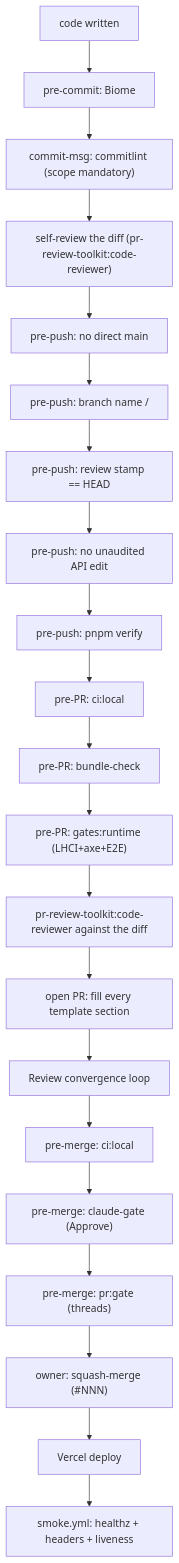
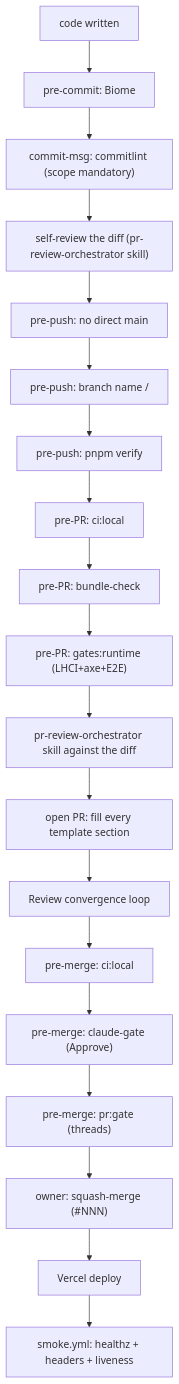
Before and after one commit to erikunha/portfolio: the first of 2 diagrams in docs/handbook/review-merge-release.md, drawn with Mermaid. The commit also changed other lines of this file and 32 other files, not shown here.

First line of the commit message:
feat(claude): evidence-first PR review orchestrator, locally and in claude-review (#261)

````diff
--- a/docs/handbook/review-merge-release.md
+++ b/docs/handbook/review-merge-release.md
@@ -7,23 +7,21 @@
 ```mermaid
 flowchart TD
     write["code written"] --> c1["pre-commit: Biome"]
     c1 --> c2["commit-msg: commitlint (scope mandatory)"]
-    c2 --> battery["self-review the diff (pr-review-toolkit:code-reviewer)"]
-    battery --> p1["pre-push: no direct main"]
+    c2 --> selfreview["self-review the diff (pr-review-orchestrator skill)"]
+    selfreview --> p1["pre-push: no direct main"]
     p1 --> p2["pre-push: branch name <type>/<desc>"]
-    p2 --> p3["pre-push: review stamp == HEAD"]
-    p3 --> p4["pre-push: no unaudited API edit"]
-    p4 --> p5["pre-push: pnpm verify"]
+    p2 --> p5["pre-push: pnpm verify"]
     p5 --> r1["pre-PR: ci:local"]
     r1 --> r2["pre-PR: bundle-check"]
     r2 --> r4["pre-PR: gates:runtime (LHCI+axe+E2E)"]
-    r4 --> r5["pr-review-toolkit:code-reviewer against the diff"]
+    r4 --> r5["pr-review-orchestrator skill against the diff"]
     r5 --> o1["open PR: fill every template section"]
     o1 --> o2["Review convergence loop"]
     o2 --> m1["pre-merge: ci:local"]
     m1 --> m3["pre-merge: claude-gate (Approve)"]
     m3 --> m4["pre-merge: pr:gate (threads)"]
     m4 --> merge["owner: squash-merge (#NNN)"]
     merge --> deploy["Vercel deploy"]
     deploy --> smoke["smoke.yml: healthz + headers + liveness"]
 ```
````
